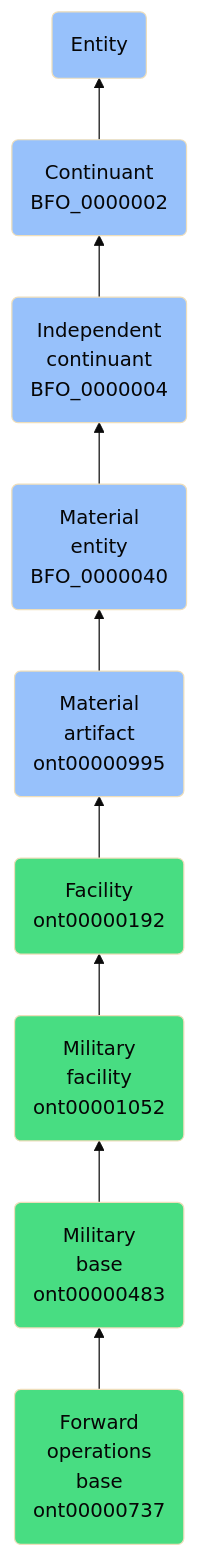
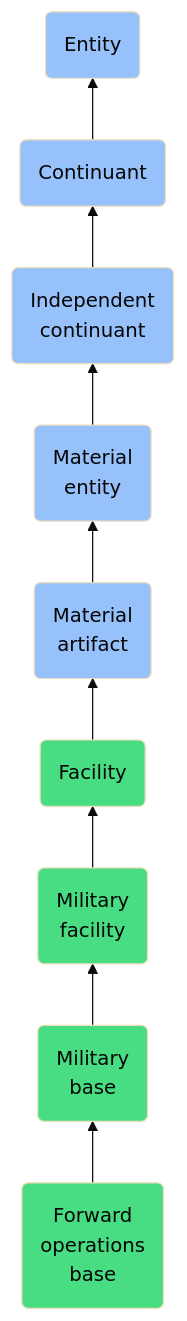
One commit to jupyter-naas/abi changed the diagram in docs/ontology/reference/model/Entity/Continuant/Independent continuant/Material entity/Material artifact/Facility/Military facility/Military base/Forward operations base/Forward operations base.md. Above: the diagram before and after it, drawn with Mermaid (base theme). The commit also changed other lines of this file and 1430 other files, not shown here.

````diff
--- a/docs/ontology/reference/model/Entity/Continuant/Independent continuant/Material entity/Material artifact/Facility/Military facility/Military base/Forward operations base/Forward operations base.md
+++ b/docs/ontology/reference/model/Entity/Continuant/Independent continuant/Material entity/Material artifact/Facility/Military facility/Military base/Forward operations base/Forward operations base.md
@@ -24,16 +24,16 @@
 ```mermaid
 graph BT
-    ont00000737(Forward<br>operations<br>base<br>ont00000737):::ABI-->ont00000483
-    ont00000483(Military<br>base<br>ont00000483):::ABI-->ont00001052
-    ont00001052(Military<br>facility<br>ont00001052):::ABI-->ont00000192
-    ont00000192(Facility<br>ont00000192):::ABI-->ont00000995
-    ont00000995(Material<br>artifact<br>ont00000995):::BFO-->BFO_0000040
-    BFO_0000040(Material<br>entity<br>BFO_0000040):::BFO-->BFO_0000004
-    BFO_0000004(Independent<br>continuant<br>BFO_0000004):::BFO-->BFO_0000002
-    BFO_0000002(Continuant<br>BFO_0000002):::BFO-->BFO_0000001
+    ont00000737(Forward<br>operations<br>base):::ABI-->ont00000483
+    ont00000483(Military<br>base):::ABI-->ont00001052
+    ont00001052(Military<br>facility):::ABI-->ont00000192
+    ont00000192(Facility):::ABI-->ont00000995
+    ont00000995(Material<br>artifact):::BFO-->BFO_0000040
+    BFO_0000040(Material<br>entity):::BFO-->BFO_0000004
+    BFO_0000004(Independent<br>continuant):::BFO-->BFO_0000002
+    BFO_0000002(Continuant):::BFO-->BFO_0000001
     BFO_0000001(Entity):::BFO
     
     classDef BFO fill:#97c1fb,color:#060606
     classDef CCO fill:#e4c51e,color:#060606
     classDef ABI fill:#48DD82,color:#060606
 ```
````
